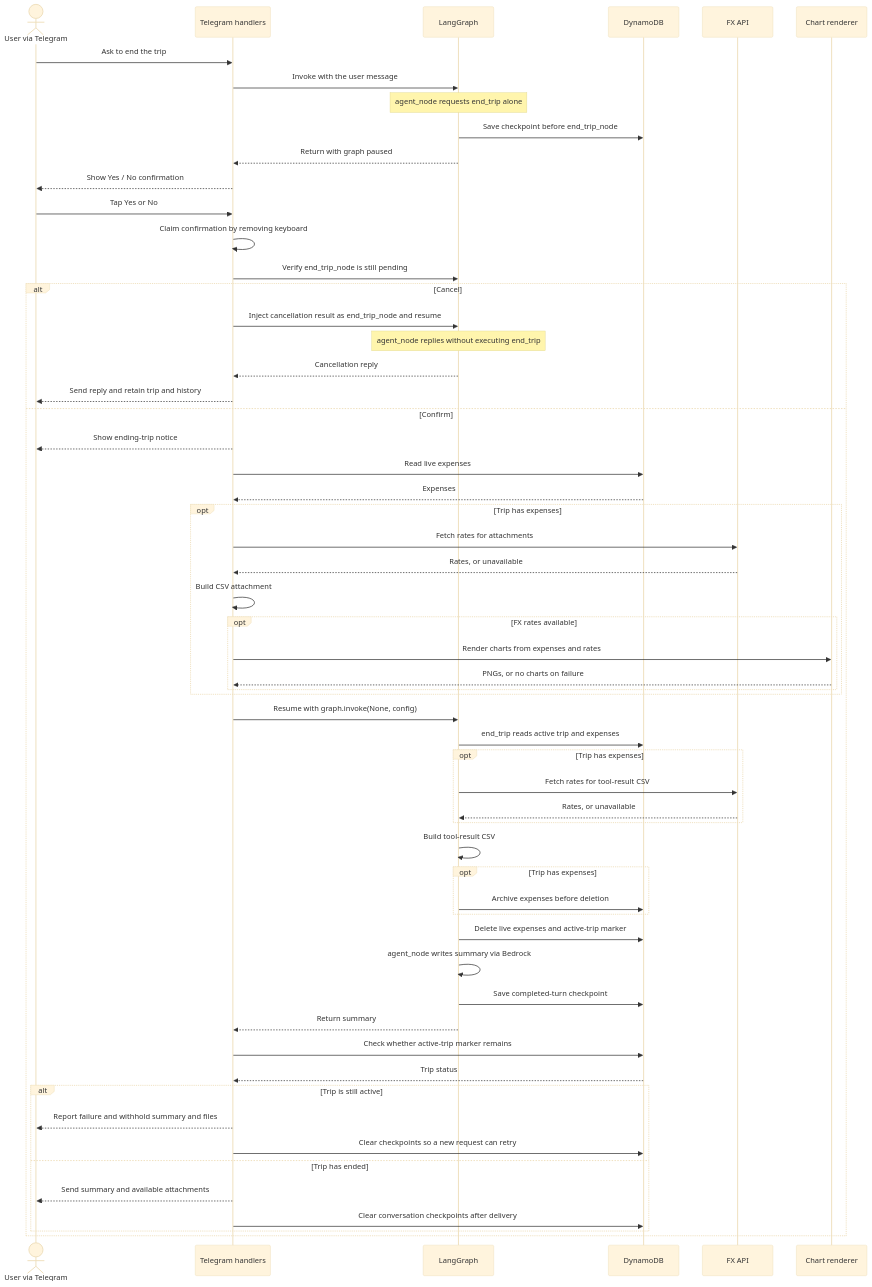
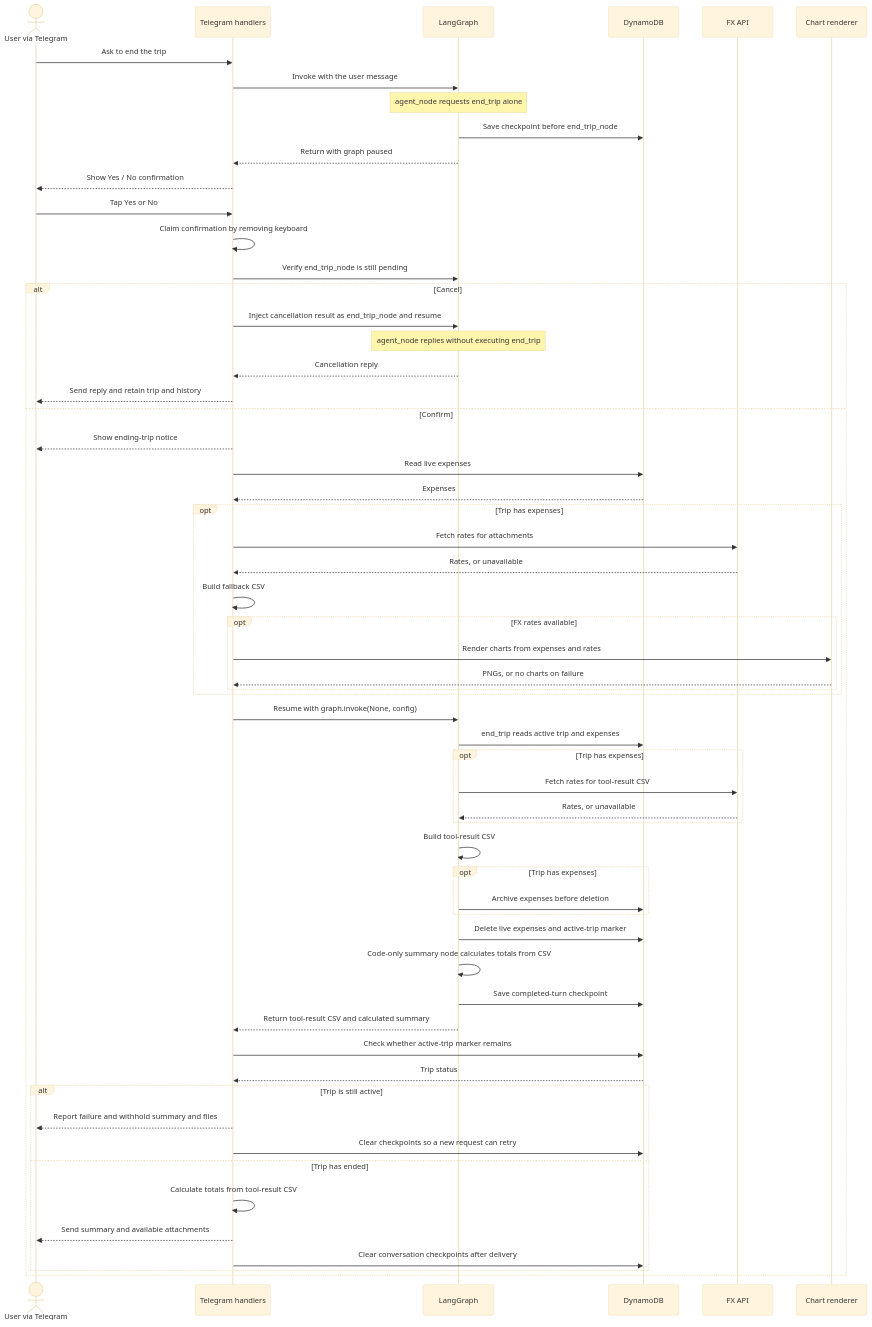
The fourth of 4 diagrams in ARCHITECTURE.md (gyant6/ExpensesCalculatorAgenticBot), drawn with Mermaid (base theme) before and after one commit. The commit also changed other lines of this file and 14 other files, not shown here.

Commit message:
Calculate end-of-trip totals from the delivered CSV

````diff
--- a/ARCHITECTURE.md
+++ b/ARCHITECTURE.md
@@ -235,62 +235,63 @@
 ```mermaid
 sequenceDiagram
     actor User as User via Telegram
     participant Handler as Telegram handlers
     participant Graph as LangGraph
     participant DB as DynamoDB
     participant FX as FX API
     participant Charts as Chart renderer
 
     User->>Handler: Ask to end the trip
     Handler->>Graph: Invoke with the user message
     Note over Graph: agent_node requests end_trip alone
     Graph->>DB: Save checkpoint before end_trip_node
     Graph-->>Handler: Return with graph paused
     Handler-->>User: Show Yes / No confirmation
     User->>Handler: Tap Yes or No
     Handler->>Handler: Claim confirmation by removing keyboard
     Handler->>Graph: Verify end_trip_node is still pending
 
     alt Cancel
         Handler->>Graph: Inject cancellation result as end_trip_node and resume
         Note over Graph: agent_node replies without executing end_trip
         Graph-->>Handler: Cancellation reply
         Handler-->>User: Send reply and retain trip and history
     else Confirm
         Handler-->>User: Show ending-trip notice
         Handler->>DB: Read live expenses
         DB-->>Handler: Expenses
         opt Trip has expenses
             Handler->>FX: Fetch rates for attachments
             FX-->>Handler: Rates, or unavailable
-            Handler->>Handler: Build CSV attachment
+            Handler->>Handler: Build fallback CSV
             opt FX rates available
                 Handler->>Charts: Render charts from expenses and rates
                 Charts-->>Handler: PNGs, or no charts on failure
             end
         end
         Handler->>Graph: Resume with graph.invoke(None, config)
         Graph->>DB: end_trip reads active trip and expenses
         opt Trip has expenses
             Graph->>FX: Fetch rates for tool-result CSV
             FX-->>Graph: Rates, or unavailable
         end
         Graph->>Graph: Build tool-result CSV
         opt Trip has expenses
             Graph->>DB: Archive expenses before deletion
         end
         Graph->>DB: Delete live expenses and active-trip marker
-        Graph->>Graph: agent_node writes summary via Bedrock
+        Graph->>Graph: Code-only summary node calculates totals from CSV
         Graph->>DB: Save completed-turn checkpoint
-        Graph-->>Handler: Return summary
+        Graph-->>Handler: Return tool-result CSV and calculated summary
         Handler->>DB: Check whether active-trip marker remains
         DB-->>Handler: Trip status
         alt Trip is still active
             Handler-->>User: Report failure and withhold summary and files
             Handler->>DB: Clear checkpoints so a new request can retry
         else Trip has ended
+            Handler->>Handler: Calculate totals from tool-result CSV
             Handler-->>User: Send summary and available attachments
             Handler->>DB: Clear conversation checkpoints after delivery
         end
     end
 ```
````
